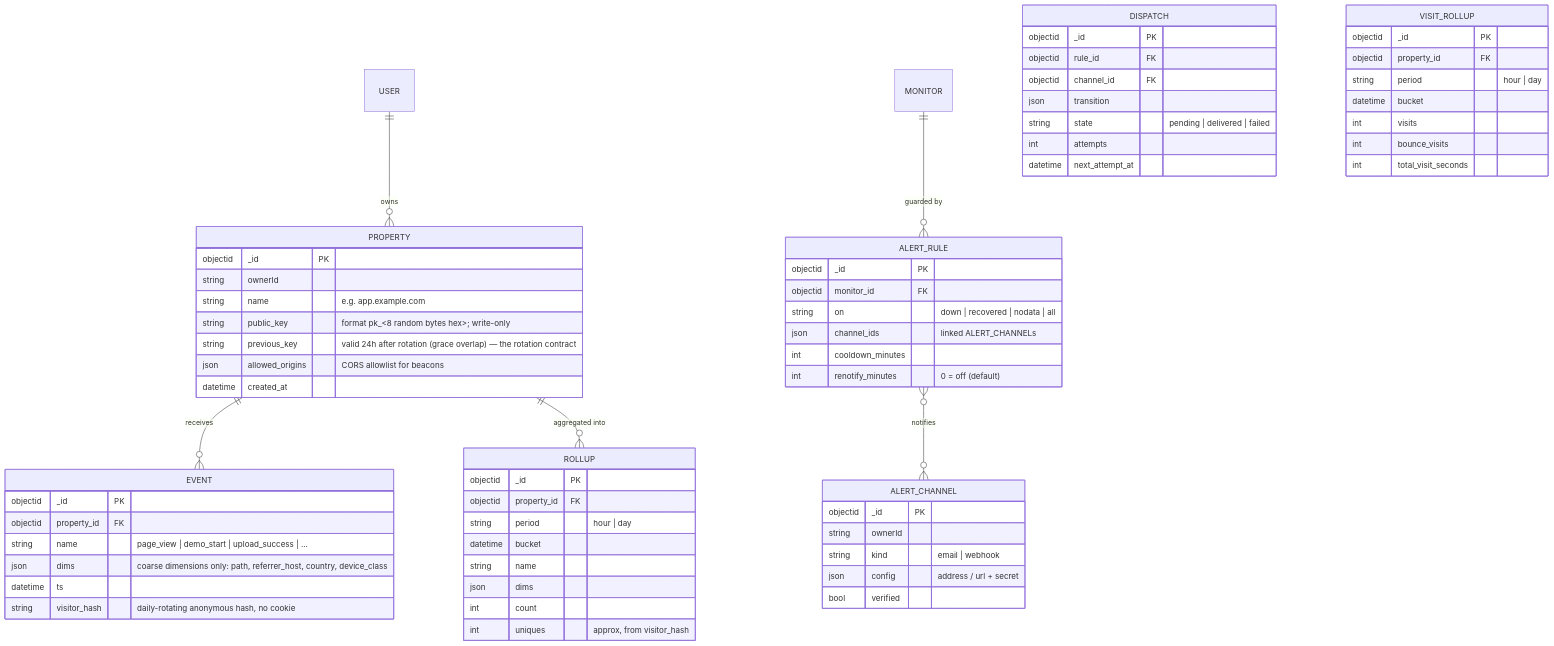
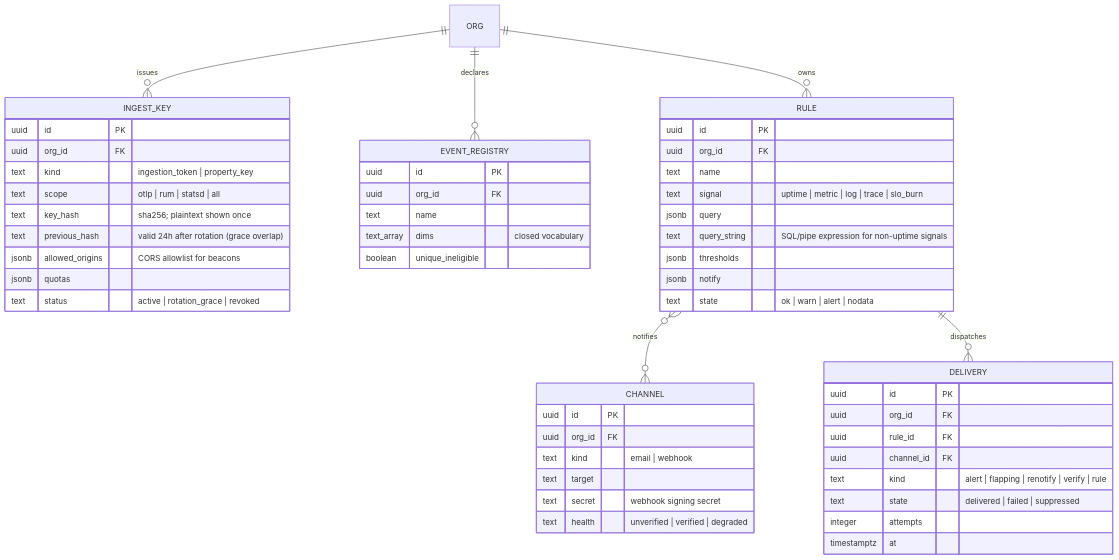
One commit to cuesoftinc/upstat changed the second of 3 diagrams in docs/data-model.md. Above: the diagram before and after it, drawn with Mermaid. The commit also changed other lines of this file and 5 other files, not shown here.

````diff
--- a/docs/data-model.md
+++ b/docs/data-model.md
@@ -78,69 +151,56 @@
 ```mermaid
 erDiagram
-    USER ||--o{ PROPERTY : owns
-    PROPERTY ||--o{ EVENT : receives
-    PROPERTY ||--o{ ROLLUP : "aggregated into"
-    MONITOR ||--o{ ALERT_RULE : "guarded by"
-    ALERT_RULE }o--o{ ALERT_CHANNEL : notifies
+    ORG ||--o{ INGEST_KEY : issues
+    ORG ||--o{ EVENT_REGISTRY : declares
+    ORG ||--o{ RULE : owns
+    RULE }o--o{ CHANNEL : notifies
+    RULE ||--o{ DELIVERY : dispatches
 
-    PROPERTY {
-        objectid _id PK
-        string ownerId
-        string name "e.g. app.example.com"
-        string public_key "format pk_<8 random bytes hex>; write-only"
-        string previous_key "valid 24h after rotation (grace overlap) — the rotation contract"
-        json allowed_origins "CORS allowlist for beacons"
-        datetime created_at
+    INGEST_KEY {
+        uuid id PK
+        uuid org_id FK
+        text kind "ingestion_token | property_key"
+        text scope "otlp | rum | statsd | all"
+        text key_hash "sha256; plaintext shown once"
+        text previous_hash "valid 24h after rotation (grace overlap)"
+        jsonb allowed_origins "CORS allowlist for beacons"
+        jsonb quotas
+        text status "active | rotation_grace | revoked"
     }
-    EVENT {
-        objectid _id PK
-        objectid property_id FK
-        string name "page_view | demo_start | upload_success | ..."
-        json dims "coarse dimensions only: path, referrer_host, country, device_class"
-        datetime ts
-        string visitor_hash "daily-rotating anonymous hash, no cookie"
+    EVENT_REGISTRY {
+        uuid id PK
+        uuid org_id FK
+        text name
+        text_array dims "closed vocabulary"
+        boolean unique_ineligible
     }
-    ROLLUP {
-        objectid _id PK
-        objectid property_id FK
-        string period "hour | day"
-        datetime bucket
-        string name
-        json dims
-        int count
-        int uniques "approx, from visitor_hash"
+    RULE {
+        uuid id PK
+        uuid org_id FK
+        text name
+        text signal "uptime | metric | log | trace | slo_burn"
+        jsonb query
+        text query_string "SQL/pipe expression for non-uptime signals"
+        jsonb thresholds
+        jsonb notify
+        text state "ok | warn | alert | nodata"
     }
-    ALERT_RULE {
-        objectid _id PK
-        objectid monitor_id FK
-        string on "down | recovered | nodata | all"
-        json channel_ids "linked ALERT_CHANNELs"
-        int cooldown_minutes
-        int renotify_minutes "0 = off (default)"
+    CHANNEL {
+        uuid id PK
+        uuid org_id FK
+        text kind "email | webhook"
+        text target
+        text secret "webhook signing secret"
+        text health "unverified | verified | degraded"
     }
-    DISPATCH {
-        objectid _id PK
-        objectid rule_id FK
-        objectid channel_id FK
-        json transition
-        string state "pending | delivered | failed"
-        int attempts
-        datetime next_attempt_at
-    }
-    VISIT_ROLLUP {
-        objectid _id PK
-        objectid property_id FK
-        string period "hour | day"
-        datetime bucket
-        int visits
-        int bounce_visits
-        int total_visit_seconds
-    }
-    ALERT_CHANNEL {
-        objectid _id PK
-        string ownerId
-        string kind "email | webhook"
-        json config "address / url + secret"
-        bool verified
+    DELIVERY {
+        uuid id PK
+        uuid org_id FK
+        uuid rule_id FK
+        uuid channel_id FK
+        text kind "alert | flapping | renotify | verify | rule"
+        text state "delivered | failed | suppressed"
+        integer attempts
+        timestamptz at
     }
 ```
````
